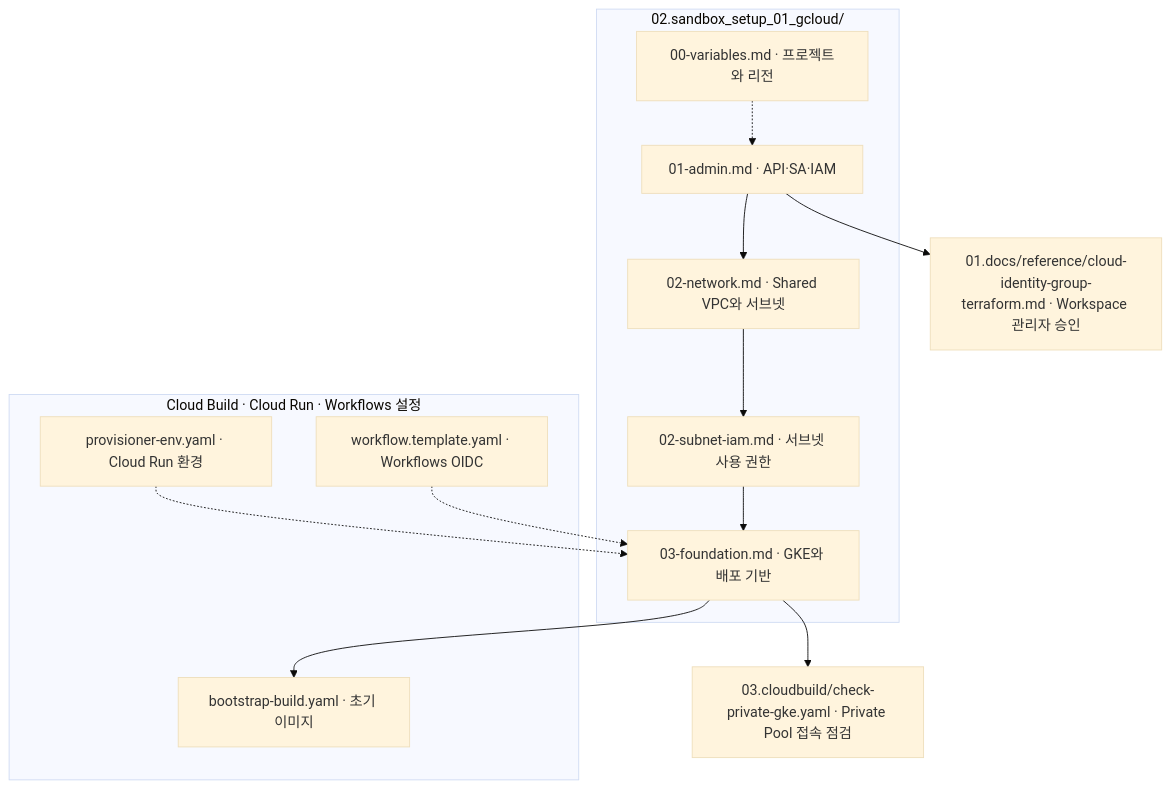
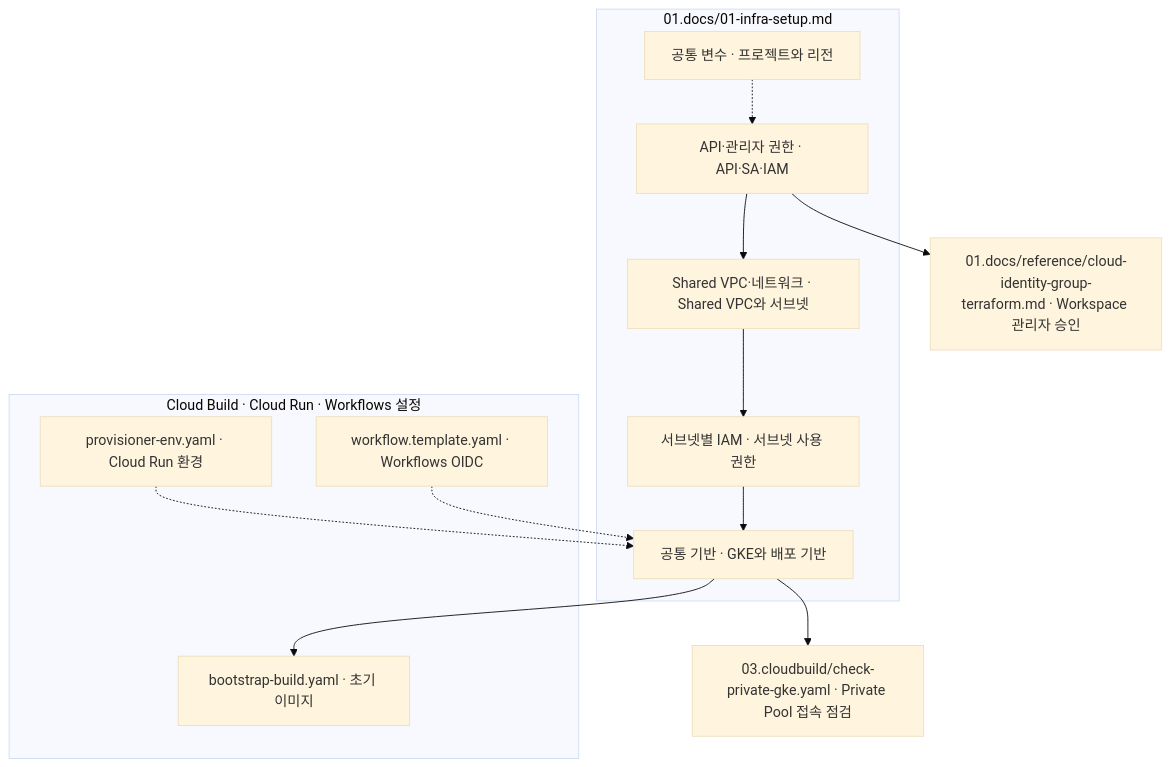
Before and after one commit to sonmap/https-github.com-sonmap-GCP_SBX_Test02: the first of 6 diagrams in 01.docs/reference/file-relationships.md, drawn with Mermaid (base theme). The commit also changed other lines of this file and 32 other files, not shown here.

````diff
--- a/01.docs/reference/file-relationships.md
+++ b/01.docs/reference/file-relationships.md
@@ -9,22 +9,22 @@
 ```mermaid
 flowchart TD
-    subgraph MANUAL["02.sandbox_setup_01_gcloud/"]
-      VAR["00-variables.md · 프로젝트와 리전"]
-      ADM["01-admin.md · API·SA·IAM"]
-      NET["02-network.md · Shared VPC와 서브넷"]
-      IAM["02-subnet-iam.md · 서브넷 사용 권한"]
-      FOUND["03-foundation.md · GKE와 배포 기반"]
+    subgraph MANUAL["01.docs/01-infra-setup.md"]
+      VAR["공통 변수 · 프로젝트와 리전"]
+      ADM["API·관리자 권한 · API·SA·IAM"]
+      NET["Shared VPC·네트워크 · Shared VPC와 서브넷"]
+      IAM["서브넷별 IAM · 서브넷 사용 권한"]
+      FOUND["공통 기반 · GKE와 배포 기반"]
       VAR -.-> ADM
       ADM --> NET --> IAM --> FOUND
     end
     subgraph CONF["Cloud Build · Cloud Run · Workflows 설정"]
       BOOT["bootstrap-build.yaml · 초기 이미지"]
       ENV["provisioner-env.yaml · Cloud Run 환경"]
       WF["workflow.template.yaml · Workflows OIDC"]
     end
     FOUND --> BOOT
     ENV -.-> FOUND
     WF -.-> FOUND
     ADM --> WS["01.docs/reference/cloud-identity-group-terraform.md · Workspace 관리자 승인"]
     FOUND --> CHECK["03.cloudbuild/check-private-gke.yaml · Private Pool 접속 점검"]
 ```
````
